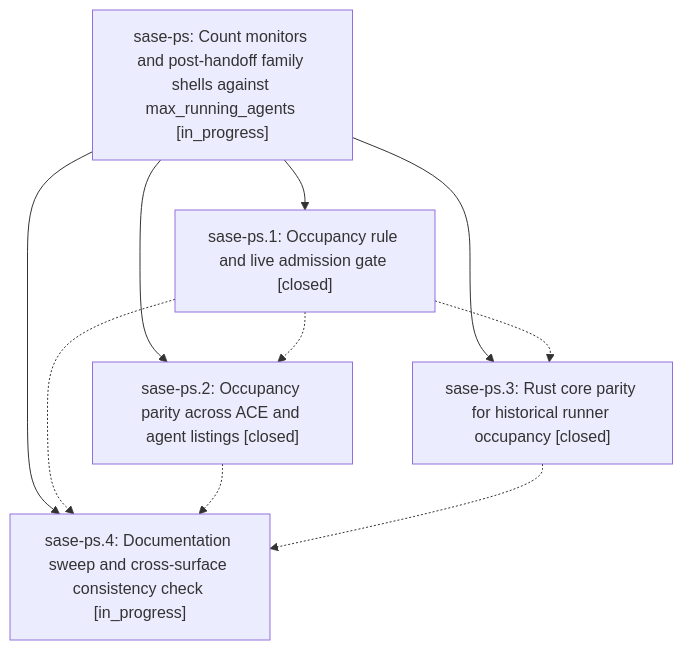
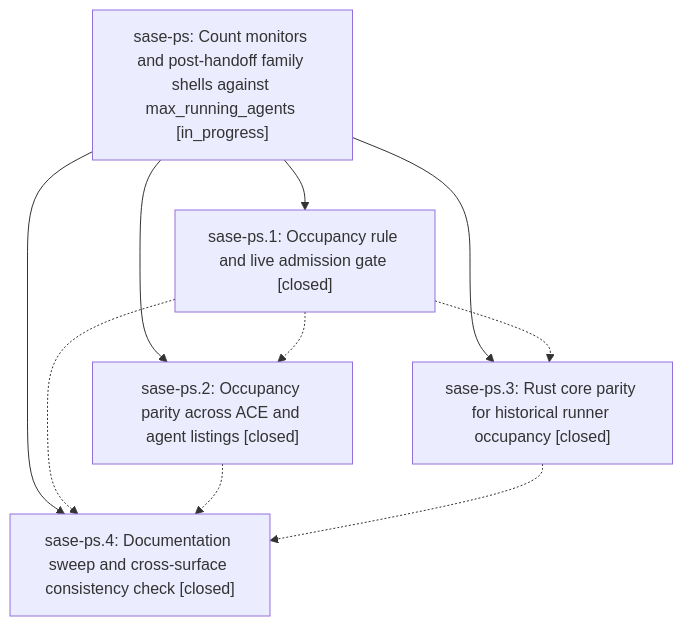
The diagram in pages/sase-ps/README.md (sase-org/sase--beads), drawn with Mermaid before and after one commit. The commit also changed other lines of this file and 4 other files, not shown here.

````diff
--- a/pages/sase-ps/README.md
+++ b/pages/sase-ps/README.md
@@ -25,17 +25,17 @@
 ```mermaid
 flowchart TD
     n0["sase-ps: Count monitors and post-handoff family shells against max_running_agents [in_progress]"]
     n1["sase-ps.1: Occupancy rule and live admission gate [closed]"]
     n2["sase-ps.2: Occupancy parity across ACE and agent listings [closed]"]
     n3["sase-ps.3: Rust core parity for historical runner occupancy [closed]"]
-    n4["sase-ps.4: Documentation sweep and cross-surface consistency check [in_progress]"]
+    n4["sase-ps.4: Documentation sweep and cross-surface consistency check [closed]"]
     n0 --> n1
     n0 --> n2
     n0 --> n3
     n0 --> n4
     n1 -.-> n2
     n1 -.-> n3
     n1 -.-> n4
     n2 -.-> n4
     n3 -.-> n4
 ```
````
